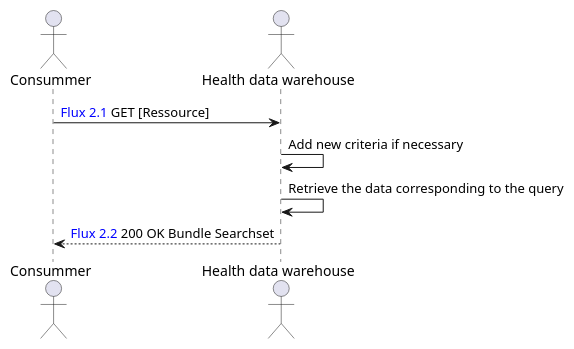
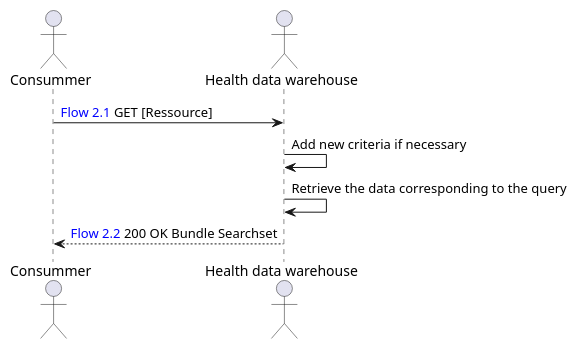
Before and after one commit to ONCOFAIR/FHIR-ImplementationGuide-Article: the diagram in input/images-source/feasibility_study_research_flow.plantuml, drawn with PlantUML. The commit also changed 2 other files, not shown here.

Commit message:
changement flux en flow

```diff
--- a/input/images-source/feasibility_study_research_flow.plantuml
+++ b/input/images-source/feasibility_study_research_flow.plantuml
@@ -1,9 +1,9 @@
 @startuml
 actor "Consummer" as C
 actor "Health data warehouse" as EDS
 
-C -> EDS: <color:blue>Flux 2.1</color> GET [Ressource]
+C -> EDS: <color:blue>Flow 2.1</color> GET [Ressource]
 EDS -> EDS: Add new criteria if necessary
 EDS -> EDS: Retrieve the data corresponding to the query
-EDS --> C: <color:blue>Flux 2.2</color> 200 OK Bundle Searchset
+EDS --> C: <color:blue>Flow 2.2</color> 200 OK Bundle Searchset
 @enduml
```
